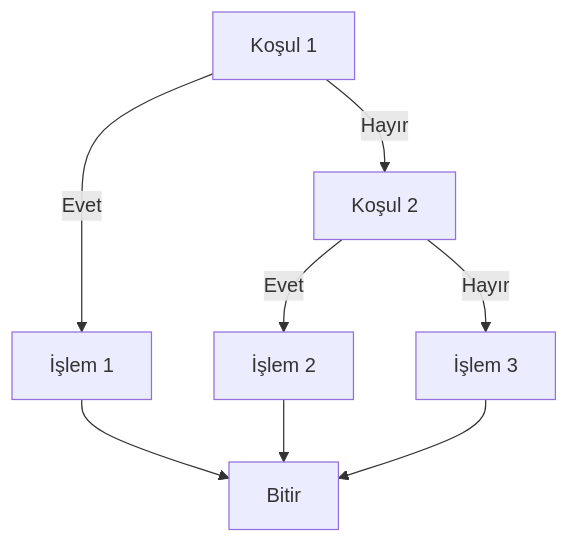
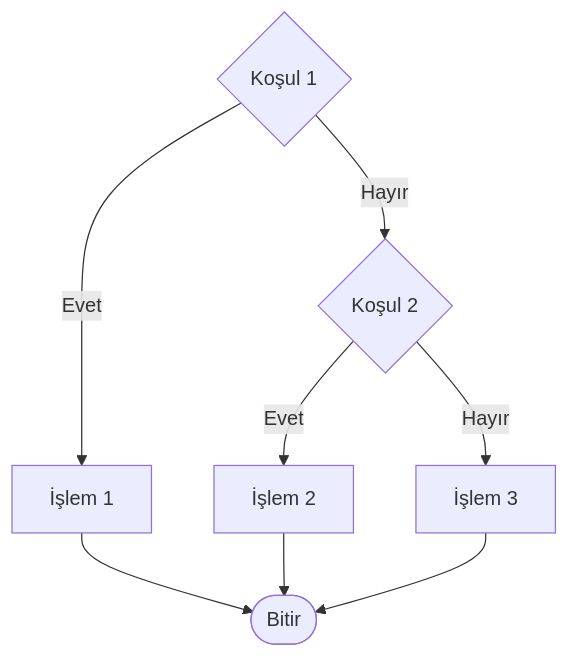
One commit to abdullatifkaban/Algorithm changed the fourth of 6 diagrams in Topics/01-What-Is-Algorithm.md. Above: the diagram before and after it, drawn with Mermaid. The commit also changed other lines of this file and 23 other files, not shown here.

````diff
--- a/Topics/01-What-Is-Algorithm.md
+++ b/Topics/01-What-Is-Algorithm.md
@@ -204,10 +155,10 @@
 ```mermaid
 flowchart TD
-    A[Koşul 1] -->|Evet| B[İşlem 1]
-    A -->|Hayır| C[Koşul 2]
+    A{Koşul 1} -->|Evet| B[İşlem 1]
+    A -->|Hayır| C{Koşul 2}
     C -->|Evet| D[İşlem 2]
     C -->|Hayır| E[İşlem 3]
-    B --> Z[Bitir]
+    B --> Z([Bitir])
     D --> Z
     E --> Z
 ```
````
